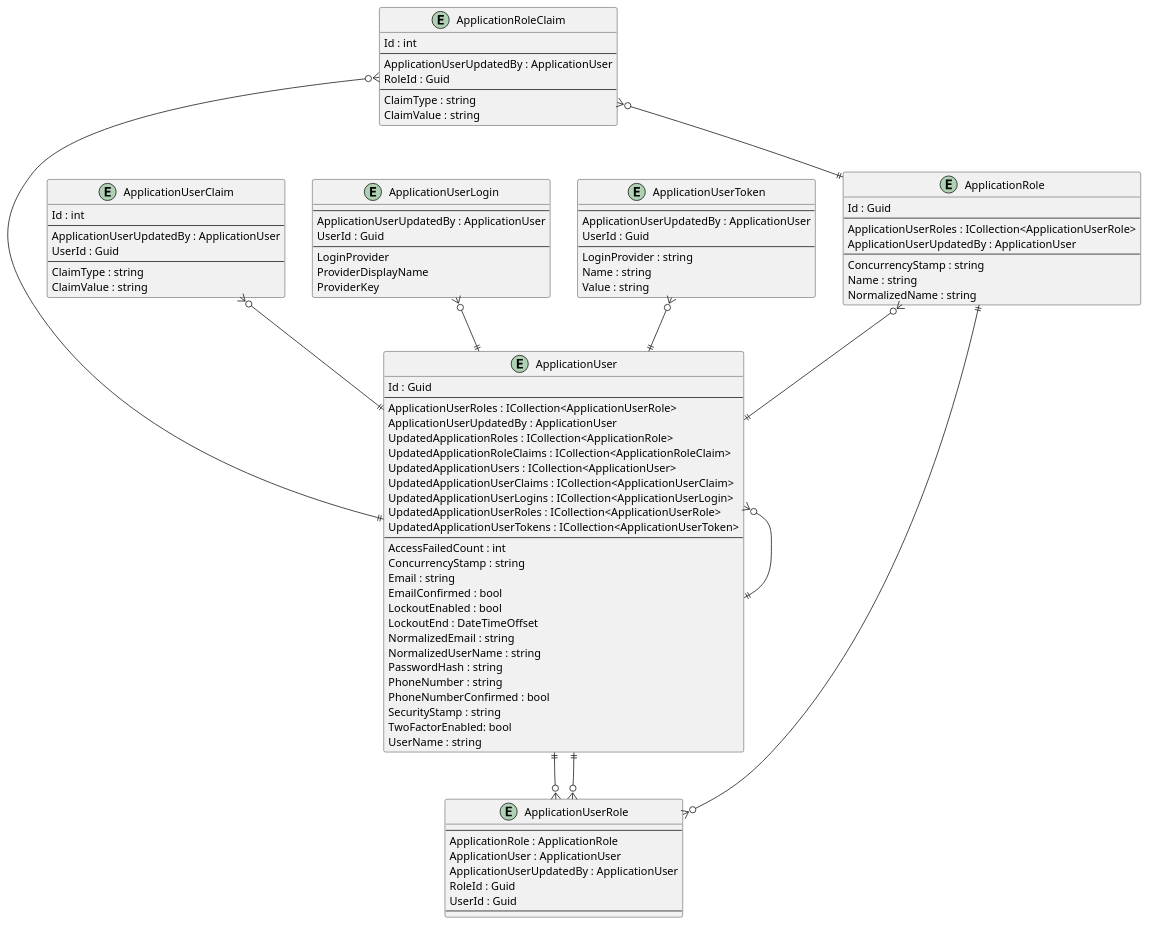
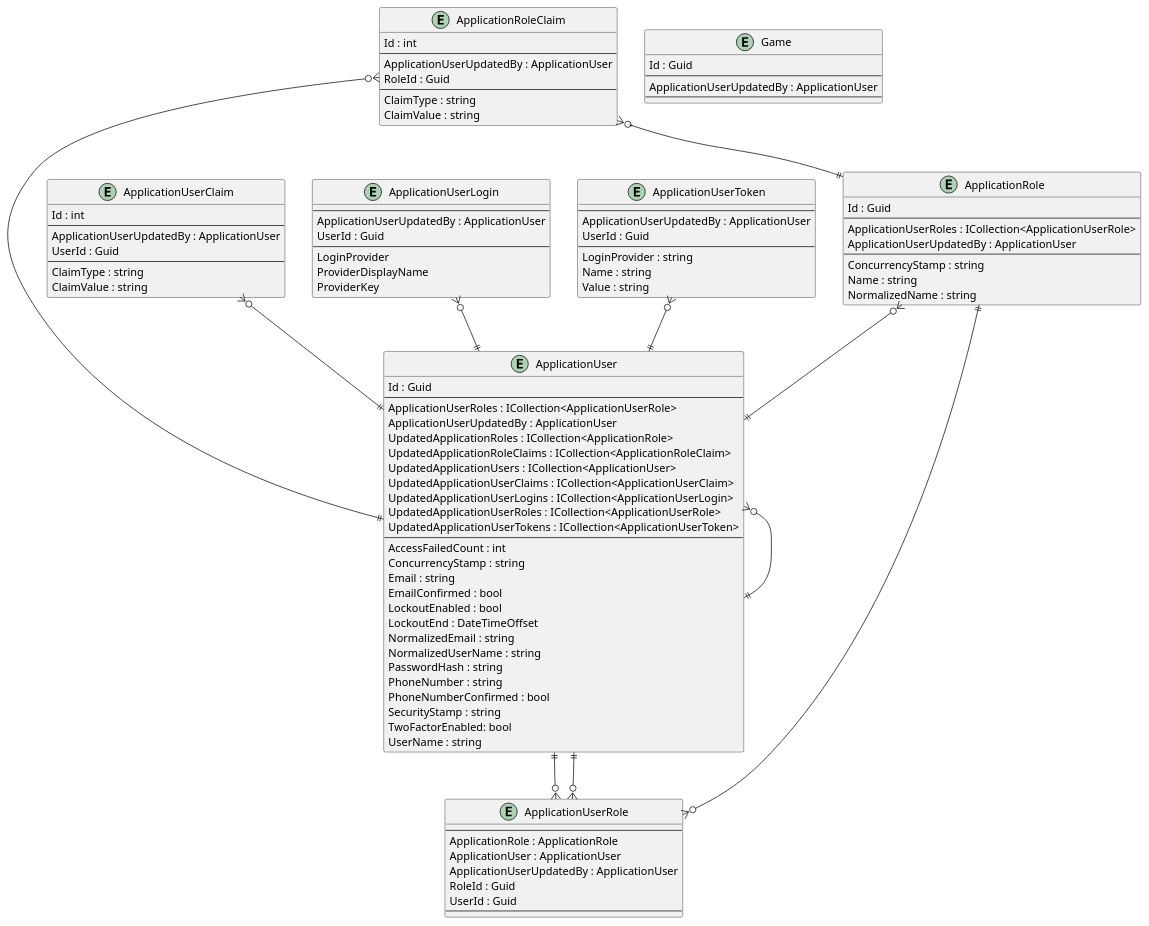
The diagram in .docs/BlazorCrudDotNet8.pu (intrepion/https-www.youtube.com-watch-v-w8imy7LT9zY), drawn with PlantUML before and after one commit.

Commit message:
gawk -i inplace "{ gsub(/' EntityCodePlaceholder/, \"entity Game {\n\ \ \ \ Id : Guid\n\ \ \ \ --\n\ \ \ \ ApplicationUserUpdatedBy : ApplicationUser\n\ \ \ \ ' GameKeyCodePlaceholder\n\ \ \ \ --\n\ \ \ \ ' GamePropertyCodePlaceholder\n}\n\n' EntityCodePlaceholder\") }; { print }" .docs/BlazorCrudDotNet8.pu

```diff
--- a/.docs/BlazorCrudDotNet8.pu
+++ b/.docs/BlazorCrudDotNet8.pu
@@ -1,109 +1,118 @@
 @startuml
 
 entity ApplicationRole {
     Id : Guid
     --
     ApplicationUserRoles : ICollection<ApplicationUserRole>
     ApplicationUserUpdatedBy : ApplicationUser
     --
     ConcurrencyStamp : string
     Name : string
     NormalizedName : string
 }
 
 entity ApplicationRoleClaim {
     Id : int
     --
     ApplicationUserUpdatedBy : ApplicationUser
     RoleId : Guid
     --
     ClaimType : string
     ClaimValue : string
 }
 
 entity ApplicationUser {
     Id : Guid
     --
     ApplicationUserRoles : ICollection<ApplicationUserRole>
     ApplicationUserUpdatedBy : ApplicationUser
     UpdatedApplicationRoles : ICollection<ApplicationRole>
     UpdatedApplicationRoleClaims : ICollection<ApplicationRoleClaim>
     UpdatedApplicationUsers : ICollection<ApplicationUser>
     UpdatedApplicationUserClaims : ICollection<ApplicationUserClaim>
     UpdatedApplicationUserLogins : ICollection<ApplicationUserLogin>
     UpdatedApplicationUserRoles : ICollection<ApplicationUserRole>
     UpdatedApplicationUserTokens : ICollection<ApplicationUserToken>
     ' ApplicationUserKeyCodePlaceholder
     --
     AccessFailedCount : int
     ConcurrencyStamp : string
     Email : string
     EmailConfirmed : bool
     LockoutEnabled : bool
     LockoutEnd : DateTimeOffset
     NormalizedEmail : string
     NormalizedUserName : string
     PasswordHash : string
     PhoneNumber : string
     PhoneNumberConfirmed : bool
     SecurityStamp : string
     TwoFactorEnabled: bool
     UserName : string
 }
 
 entity ApplicationUserClaim {
     Id : int
     --
     ApplicationUserUpdatedBy : ApplicationUser
     UserId : Guid
     --
     ClaimType : string
     ClaimValue : string
 }
 
 entity ApplicationUserLogin {
     --
     ApplicationUserUpdatedBy : ApplicationUser
     UserId : Guid
     --
     LoginProvider
     ProviderDisplayName
     ProviderKey
 }
 
 entity ApplicationUserRole {
     --
     ApplicationRole : ApplicationRole
     ApplicationUser : ApplicationUser
     ApplicationUserUpdatedBy : ApplicationUser
     RoleId : Guid
     UserId : Guid
     --
 }
 
 entity ApplicationUserToken {
     --
     ApplicationUserUpdatedBy : ApplicationUser
     UserId : Guid
     --
     LoginProvider : string
     Name : string
     Value : string
 }
 
+entity Game {
+    Id : Guid
+    --
+    ApplicationUserUpdatedBy : ApplicationUser
+    ' GameKeyCodePlaceholder
+    --
+    ' GamePropertyCodePlaceholder
+}
+
 ' EntityCodePlaceholder
 
 ApplicationRole ||--o{ ApplicationUserRole
 ApplicationRole }o--|| ApplicationUser
 ApplicationRoleClaim }o--|| ApplicationRole
 ApplicationRoleClaim }o--|| ApplicationUser
 ApplicationUser }o--|| ApplicationUser
 ApplicationUser ||--o{ ApplicationUserRole
 ApplicationUserClaim }o--|| ApplicationUser
 ApplicationUserLogin }o--|| ApplicationUser
 ApplicationUserRole }o--|| ApplicationUser
 ApplicationUserToken }o--|| ApplicationUser
 
 ' RelationshipCodePlaceholder
 
 @enduml
```
